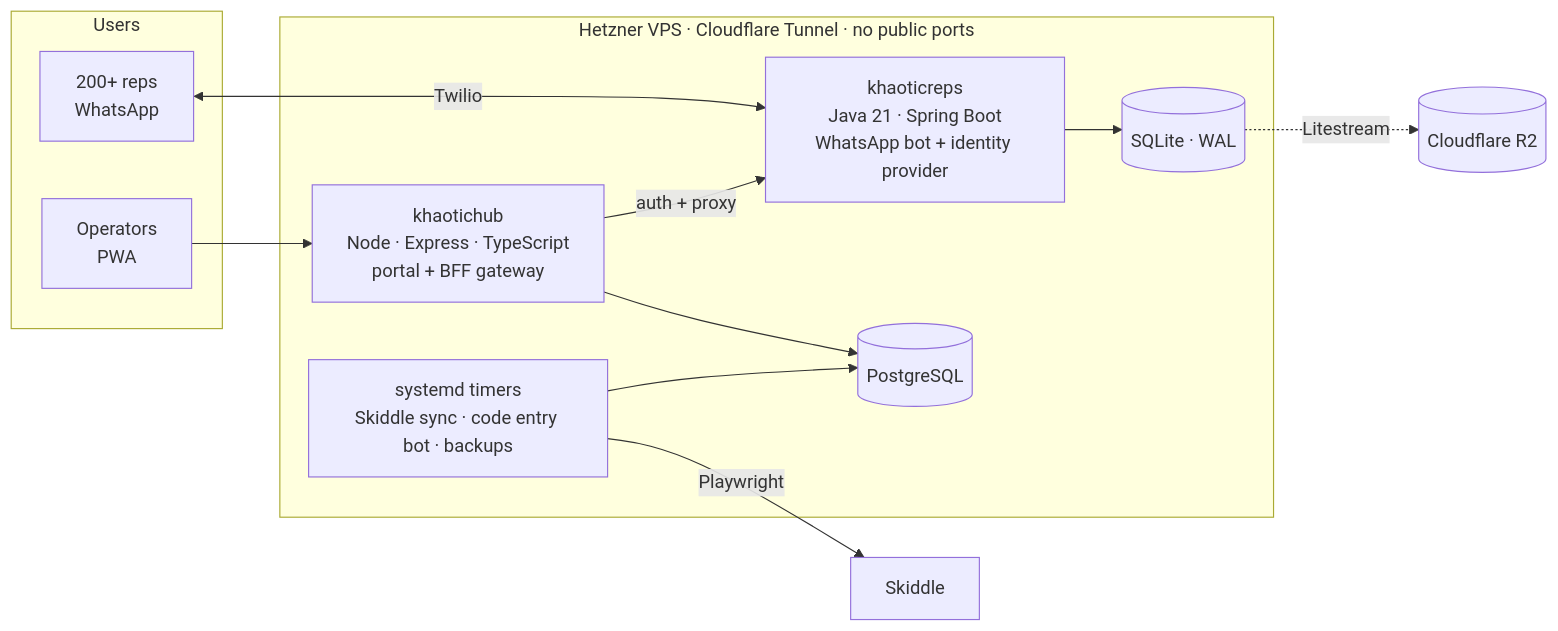
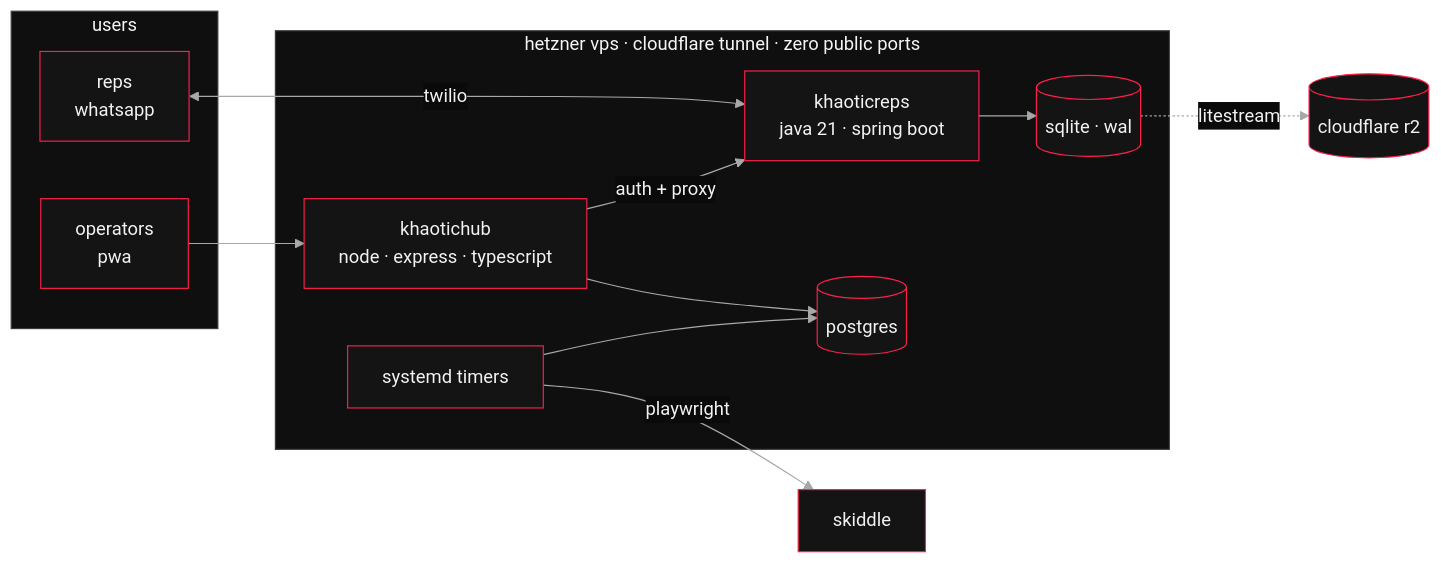
The diagram in README.md (AlexanderBeattie/AlexanderBeattie), drawn with Mermaid before and after one commit. The commit also changed other lines of this file, not shown here.

````diff
--- a/README.md
+++ b/README.md
@@ -39,24 +20,25 @@
 ```mermaid
+%%{init: {'theme':'base','themeVariables':{'background':'#0A0A0A','primaryColor':'#141414','primaryTextColor':'#F2F2F2','primaryBorderColor':'#FF1F4B','lineColor':'#A8A8A8','secondaryColor':'#0A0A0A','tertiaryColor':'#0A0A0A','clusterBkg':'#0F0F0F','clusterBorder':'#3a3a3a','edgeLabelBackground':'#0A0A0A','fontFamily':'monospace'}}}%%
 flowchart LR
-    subgraph Users
-        R[200+ reps<br/>WhatsApp]
-        O[Operators<br/>PWA]
+    subgraph users
+        R[reps<br/>whatsapp]
+        O[operators<br/>pwa]
     end
 
-    subgraph VPS["Hetzner VPS · Cloudflare Tunnel · no public ports"]
-        HUB["khaotichub<br/>Node · Express · TypeScript<br/>portal + BFF gateway"]
-        REPS["khaoticreps<br/>Java 21 · Spring Boot<br/>WhatsApp bot + identity provider"]
-        PG[(PostgreSQL)]
-        SQ[(SQLite · WAL)]
-        JOBS["systemd timers<br/>Skiddle sync · code entry bot · backups"]
+    subgraph VPS["hetzner vps · cloudflare tunnel · zero public ports"]
+        HUB["khaotichub<br/>node · express · typescript"]
+        REPS["khaoticreps<br/>java 21 · spring boot"]
+        PG[(postgres)]
+        SQ[(sqlite · wal)]
+        JOBS["systemd timers"]
     end
 
-    R <--> |Twilio| REPS
+    R <--> |twilio| REPS
     O --> HUB
     HUB --> |auth + proxy| REPS
     HUB --> PG
     REPS --> SQ
     JOBS --> PG
-    JOBS --> |Playwright| SK[Skiddle]
-    SQ -.-> |Litestream| R2[(Cloudflare R2)]
+    JOBS --> |playwright| SK[skiddle]
+    SQ -.-> |litestream| R2[(cloudflare r2)]
 ```
````
